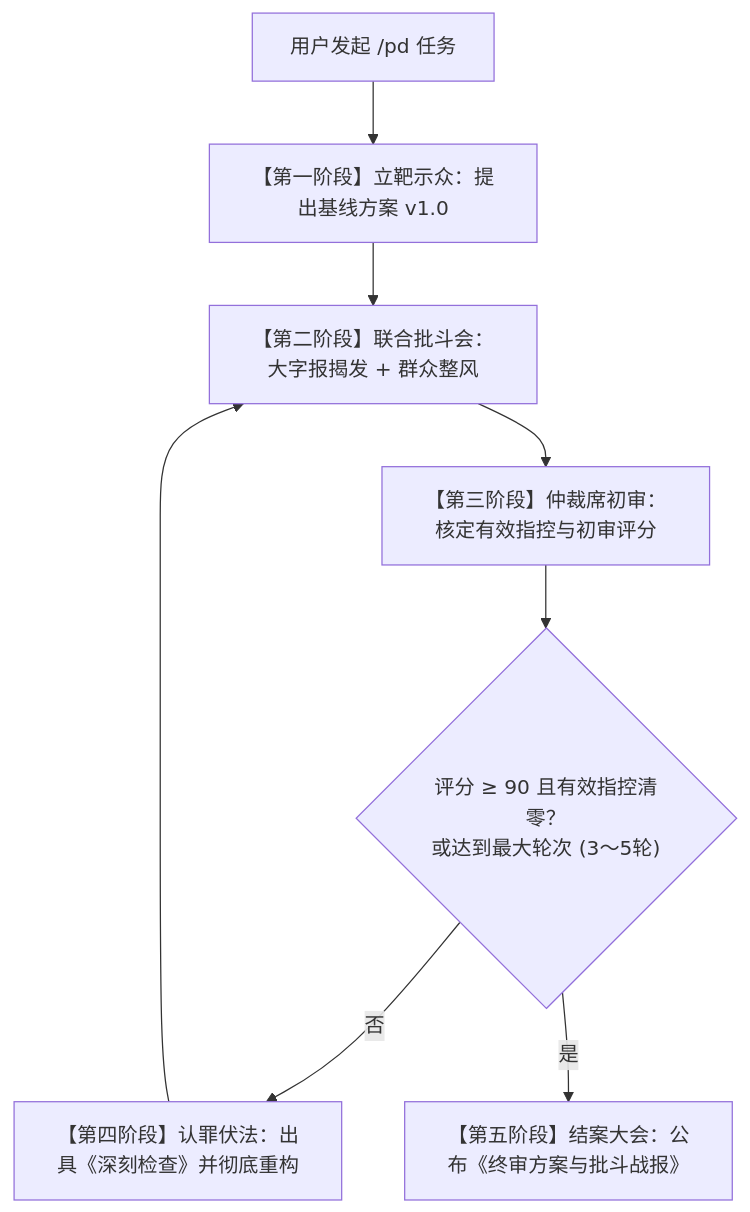
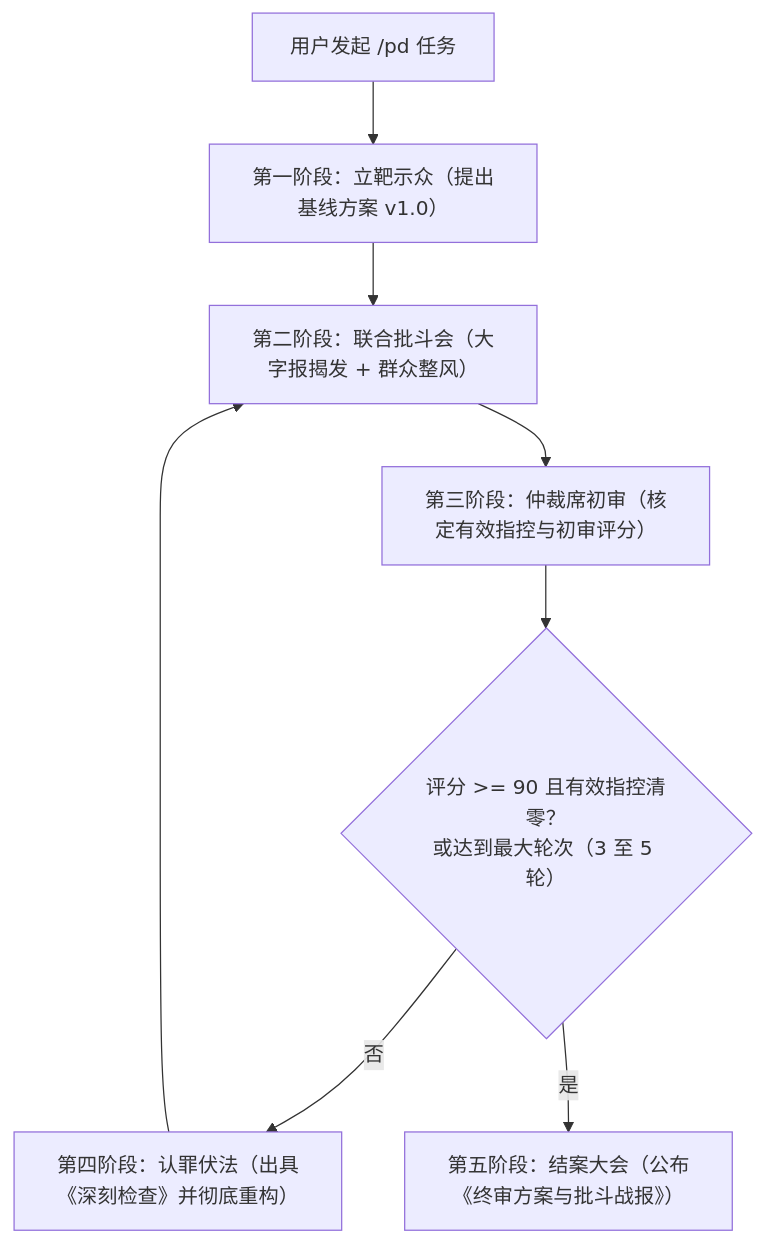
Before and after one commit to cf3901646/antigravity-agent-rules: the diagram in skills/pd/SKILL.md, drawn with Mermaid. The commit also changed 1 other file, not shown here.

Commit message:
fix(docs): fix Mermaid diagram syntax for GitHub renderer

````diff
--- a/skills/pd/SKILL.md
+++ b/skills/pd/SKILL.md
@@ -42,10 +42,10 @@
 ```mermaid
 flowchart TD
-    Start["用户发起 /pd 任务"] --> Phase1["【第一阶段】立靶示众：提出基线方案 v1.0"]
-    Phase1 --> Phase2["【第二阶段】联合批斗会：大字报揭发 + 群众整风"]
-    Phase2 --> Phase3["【第三阶段】仲裁席初审：核定有效指控与初审评分"]
-    Phase3 --> Check{"评分 ≥ 90 且有效指控清零？\n或达到最大轮次 (3～5轮)"}
-    Check -- 否 --> Phase4["【第四阶段】认罪伏法：出具《深刻检查》并彻底重构"]
+    Start["用户发起 /pd 任务"] --> Phase1["第一阶段：立靶示众（提出基线方案 v1.0）"]
+    Phase1 --> Phase2["第二阶段：联合批斗会（大字报揭发 + 群众整风）"]
+    Phase2 --> Phase3["第三阶段：仲裁席初审（核定有效指控与初审评分）"]
+    Phase3 --> Check{"评分 >= 90 且有效指控清零？<br/>或达到最大轮次（3 至 5 轮）"}
+    Check -->|否| Phase4["第四阶段：认罪伏法（出具《深刻检查》并彻底重构）"]
     Phase4 --> Phase2
-    Check -- 是 --> Phase5["【第五阶段】结案大会：公布《终审方案与批斗战报》"]
+    Check -->|是| Phase5["第五阶段：结案大会（公布《终审方案与批斗战报》）"]
 ```
````
